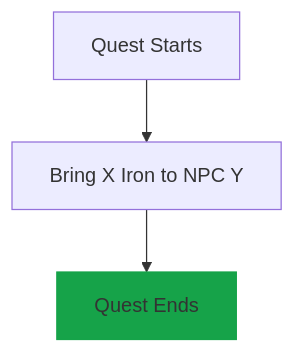
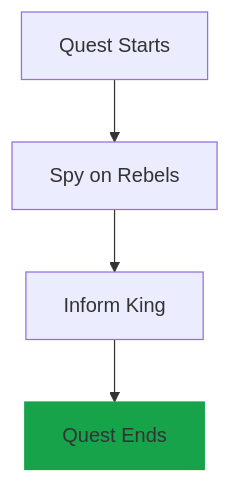
Before and after one commit to BetonQuest/BetonQuest: the first of 3 diagrams in docs/Documentation/Scripting/About-Scripting.md, drawn with Mermaid. The commit also changed other lines of this file and 2 other files, not shown here.

Commit message:
improve About-Scripting explanation

````diff
--- a/docs/Documentation/Scripting/About-Scripting.md
+++ b/docs/Documentation/Scripting/About-Scripting.md
@@ -10,7 +11,8 @@
-    ```mermaid
-      flowchart TD
-          A[Quest Starts] --> B[Bring X Iron to NPC Y]
-          B --> C[Quest Ends]
-          
-          style C fill:#16a349,stroke:#16a349
-    ```
+        ```mermaid
+           flowchart TD
+               A[Quest Starts] --> B[Spy on Rebels]
+               B --> C[Inform King]
+               C --> D[Quest Ends]
+               
+             style D fill:#16a349,stroke:#16a349
+        ```
````
